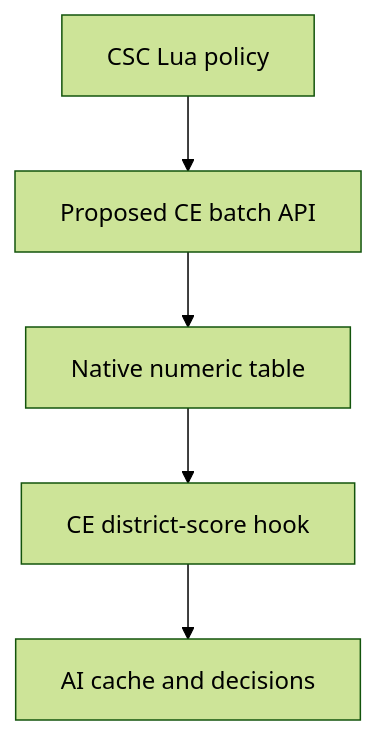
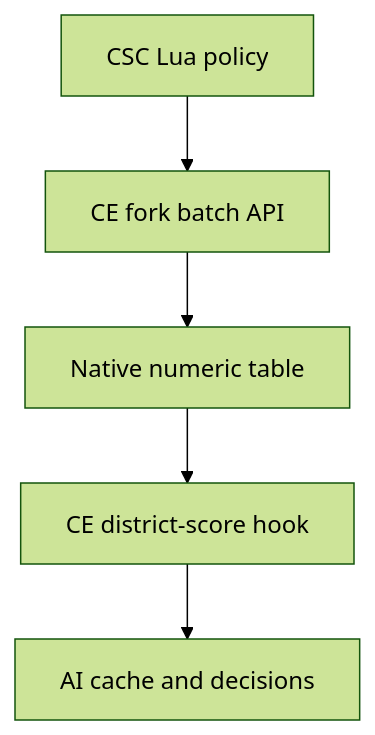
One commit to hennogous/Henno-Mods changed the diagram in project/docs/civ6-ai/topics/native/workshop-delivery.md. Above: the diagram before and after it, drawn with Mermaid (forest theme). The commit also changed other lines of this file and 19 other files, not shown here.

Commit message:
Port placement policy to packaged Lua with CE parity harness

````diff
--- a/project/docs/civ6-ai/topics/native/workshop-delivery.md
+++ b/project/docs/civ6-ai/topics/native/workshop-delivery.md
@@ -16,7 +16,7 @@
 ```mermaid
 flowchart TD
-  A["CSC Lua policy"] --> B["Proposed CE batch API"]
+  A["CSC Lua policy"] --> B["CE fork batch API"]
   B --> C["Native numeric table"]
   C --> D["CE district-score hook"]
   D --> E["AI cache and decisions"]
 ```
````
